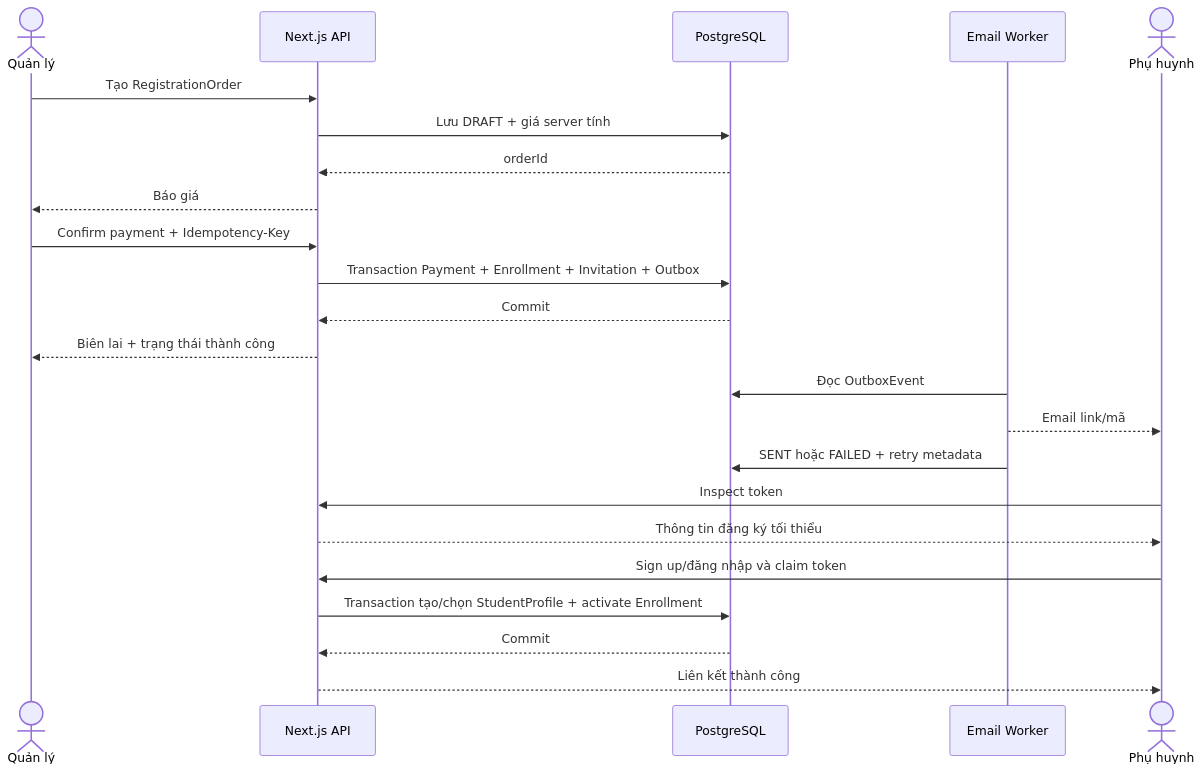
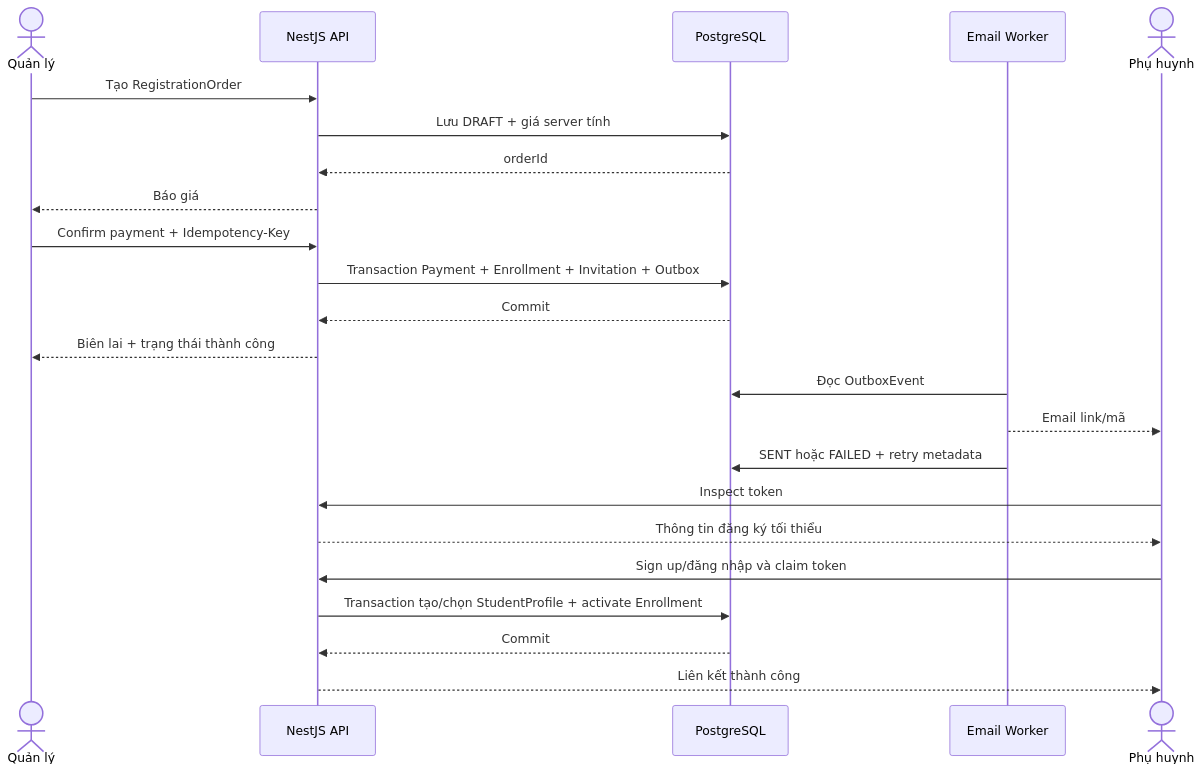
The second of 2 diagrams in EDUGRADE_BACKEND_FLOW.md (WDP301-SE1921/WDP301-BE-System), drawn with Mermaid before and after one commit. The commit also changed other lines of this file and 38 other files, not shown here.

````diff
--- a/EDUGRADE_BACKEND_FLOW.md
+++ b/EDUGRADE_BACKEND_FLOW.md
@@ -469,29 +465,29 @@
 ```mermaid
 sequenceDiagram
     actor M as Quản lý
-    participant API as Next.js API
+    participant API as NestJS API
     participant DB as PostgreSQL
     participant W as Email Worker
     actor P as Phụ huynh
 
     M->>API: Tạo RegistrationOrder
     API->>DB: Lưu DRAFT + giá server tính
     DB-->>API: orderId
     API-->>M: Báo giá
 
     M->>API: Confirm payment + Idempotency-Key
     API->>DB: Transaction Payment + Enrollment + Invitation + Outbox
     DB-->>API: Commit
     API-->>M: Biên lai + trạng thái thành công
 
     W->>DB: Đọc OutboxEvent
     W-->>P: Email link/mã
     W->>DB: SENT hoặc FAILED + retry metadata
 
     P->>API: Inspect token
     API-->>P: Thông tin đăng ký tối thiểu
     P->>API: Sign up/đăng nhập và claim token
     API->>DB: Transaction tạo/chọn StudentProfile + activate Enrollment
     DB-->>API: Commit
     API-->>P: Liên kết thành công
 ```
````
